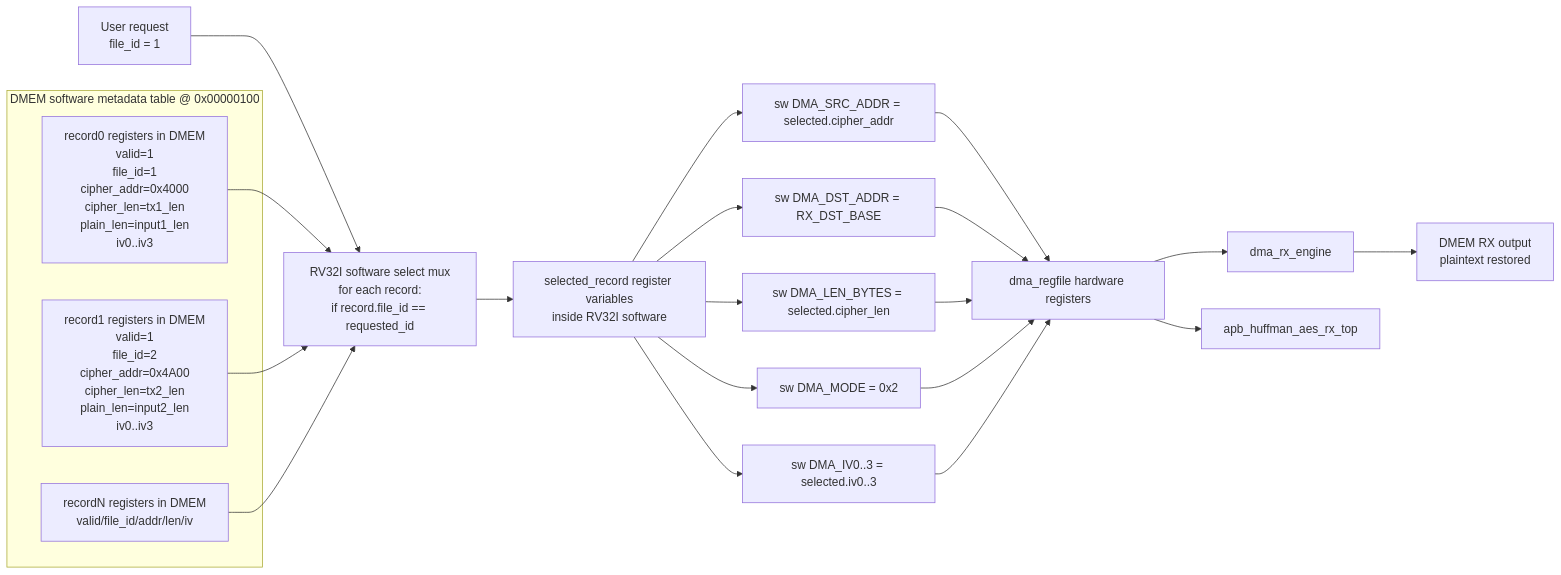
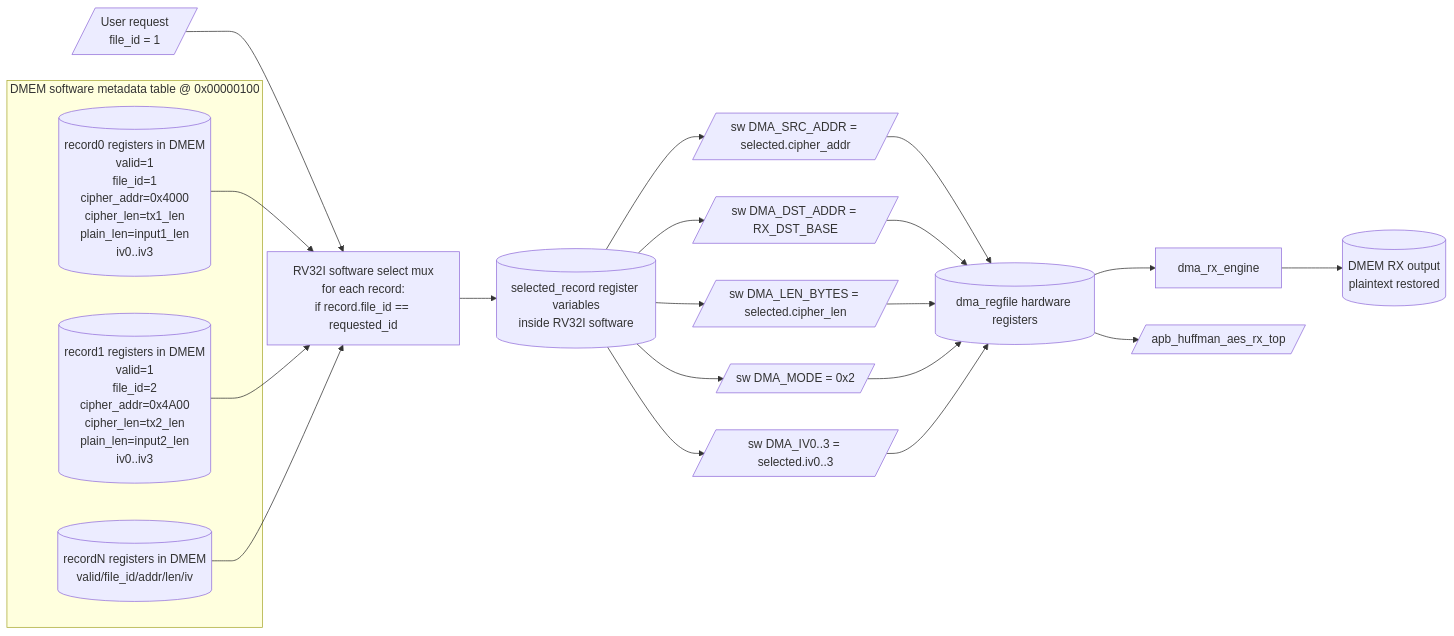
Before and after one commit to ngoquocan139/AES_huffman_all6: the fifth of 6 diagrams in docs/29_defense_qa_code_focus_spec.md, drawn with Mermaid. The commit also changed other lines of this file and 28 other files, not shown here.

````diff
--- a/docs/29_defense_qa_code_focus_spec.md
+++ b/docs/29_defense_qa_code_focus_spec.md
@@ -120,31 +120,31 @@
 ```mermaid
 flowchart LR
-    USER["User request\nfile_id = 1"] --> SWMUX["RV32I software select mux\nfor each record:\nif record.file_id == requested_id"]
+    USER[/"User request\nfile_id = 1"/] --> SWMUX["RV32I software select mux\nfor each record:\nif record.file_id == requested_id"]
 
     subgraph DMEMTAB["DMEM software metadata table @ 0x00000100"]
-      R0["record0 registers in DMEM\nvalid=1\nfile_id=1\ncipher_addr=0x4000\ncipher_len=tx1_len\nplain_len=input1_len\niv0..iv3"]
-      R1["record1 registers in DMEM\nvalid=1\nfile_id=2\ncipher_addr=0x4A00\ncipher_len=tx2_len\nplain_len=input2_len\niv0..iv3"]
-      RN["recordN registers in DMEM\nvalid/file_id/addr/len/iv"]
+      R0[("record0 registers in DMEM\nvalid=1\nfile_id=1\ncipher_addr=0x4000\ncipher_len=tx1_len\nplain_len=input1_len\niv0..iv3")]
+      R1[("record1 registers in DMEM\nvalid=1\nfile_id=2\ncipher_addr=0x4A00\ncipher_len=tx2_len\nplain_len=input2_len\niv0..iv3")]
+      RN[("recordN registers in DMEM\nvalid/file_id/addr/len/iv")]
     end
 
     R0 --> SWMUX
     R1 --> SWMUX
     RN --> SWMUX
 
-    SWMUX --> SEL["selected_record register variables\ninside RV32I software"]
-    SEL --> W0["sw DMA_SRC_ADDR = selected.cipher_addr"]
-    SEL --> W1["sw DMA_DST_ADDR = RX_DST_BASE"]
-    SEL --> W2["sw DMA_LEN_BYTES = selected.cipher_len"]
-    SEL --> W3["sw DMA_MODE = 0x2"]
-    SEL --> W4["sw DMA_IV0..3 = selected.iv0..3"]
+    SWMUX --> SEL[("selected_record register variables\ninside RV32I software")]
+    SEL --> W0[/"sw DMA_SRC_ADDR = selected.cipher_addr"/]
+    SEL --> W1[/"sw DMA_DST_ADDR = RX_DST_BASE"/]
+    SEL --> W2[/"sw DMA_LEN_BYTES = selected.cipher_len"/]
+    SEL --> W3[/"sw DMA_MODE = 0x2"/]
+    SEL --> W4[/"sw DMA_IV0..3 = selected.iv0..3"/]
 
-    W0 --> RF["dma_regfile hardware registers"]
+    W0 --> RF[("dma_regfile hardware registers")]
     W1 --> RF
     W2 --> RF
     W3 --> RF
     W4 --> RF
 
     RF --> RXDMA["dma_rx_engine"]
-    RF --> RXTOP["apb_huffman_aes_rx_top"]
-    RXDMA --> OUT["DMEM RX output\nplaintext restored"]
+    RF --> RXTOP[/"apb_huffman_aes_rx_top"/]
+    RXDMA --> OUT[("DMEM RX output\nplaintext restored")]
 ```
````
